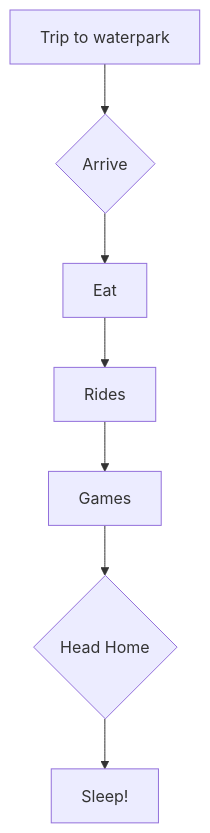
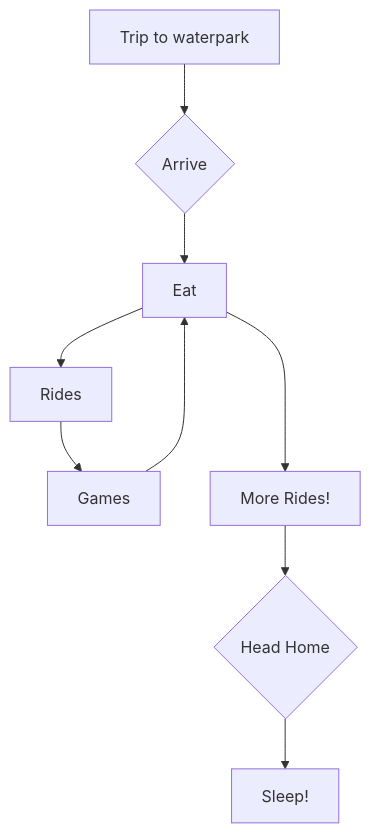
The diagram in Diagram.md (SMahabeer1/smahabeer1.github.io), drawn with Mermaid before and after one commit.

````diff
--- a/Diagram.md
+++ b/Diagram.md
@@ -1,11 +1,13 @@
 ```mermaid
 flowchart TD
  A[Trip to waterpark]-->B{Arrive}
  B-->C[Eat]
  C-->D[Rides]
  D-->E[Games]
- E-->F{Head Home}
- F-->G[Sleep!]
+ E--->C
+ C--->F[More Rides!]
+ F-->G{Head Home}
+ G-->H[Sleep!]
  
 
 ```
````
